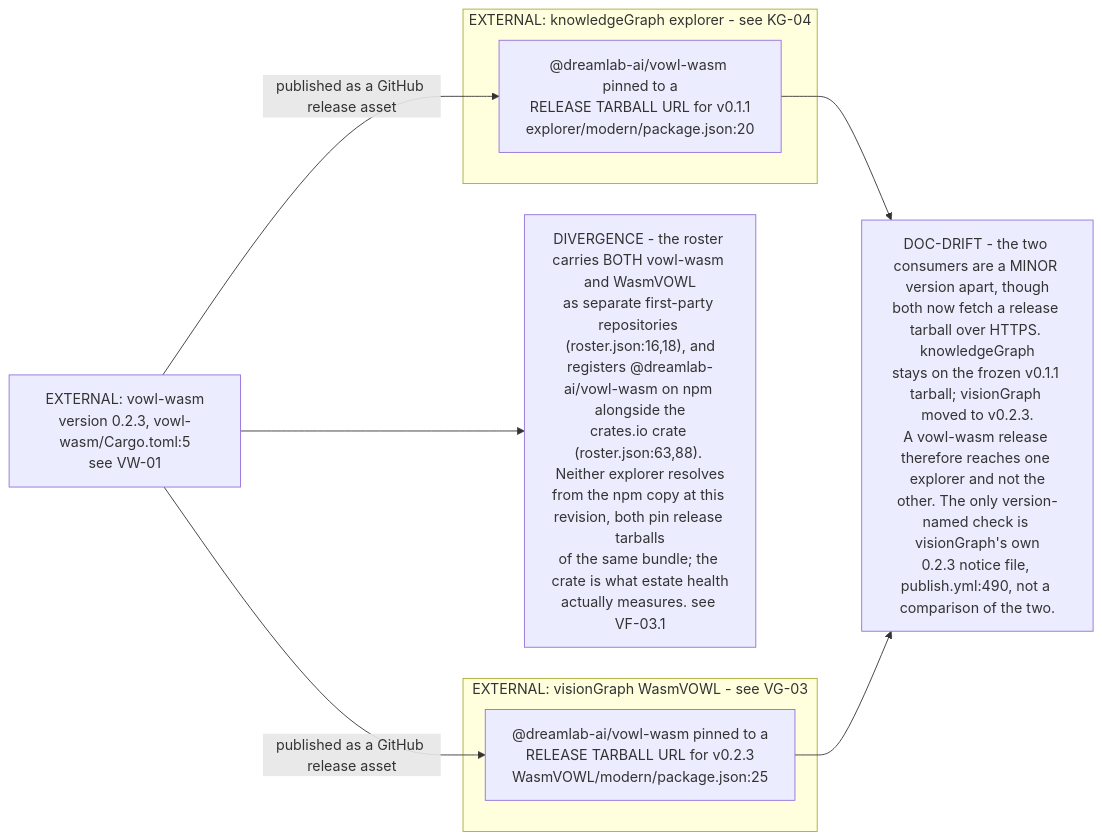
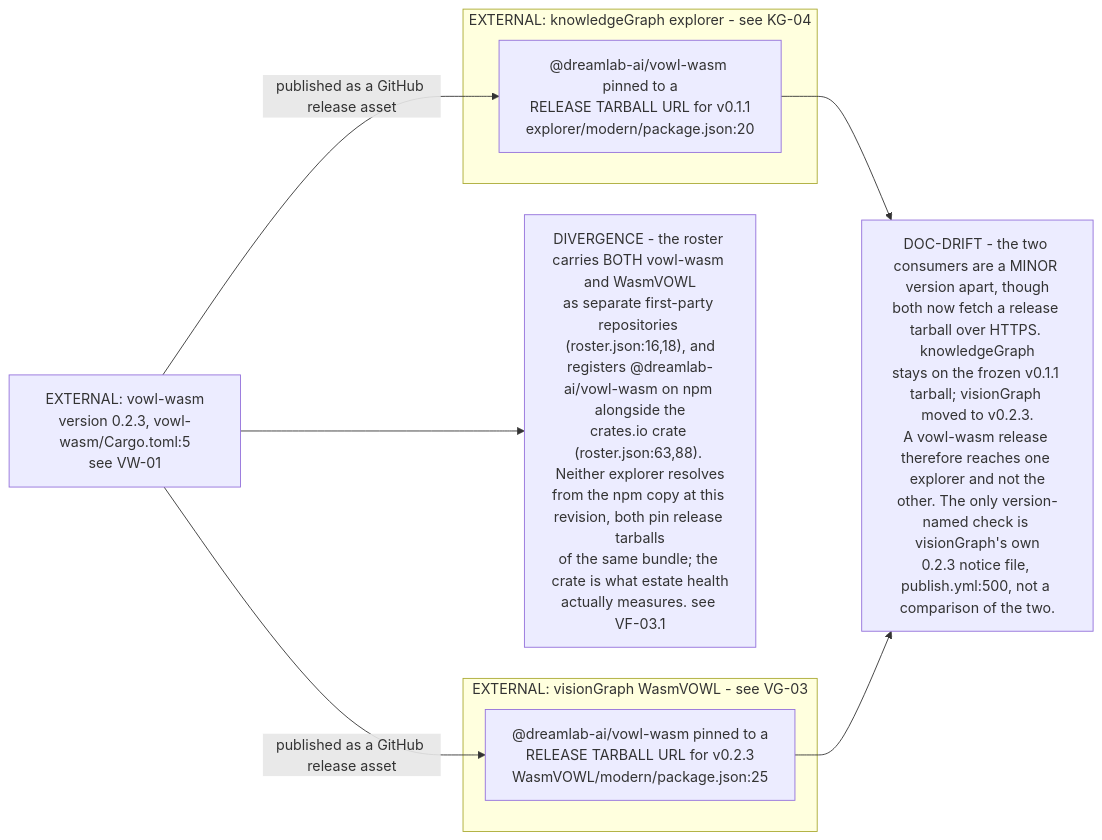
The third of 5 diagrams in docs/diagrams/estate/11-publishing-axis.md (DreamLab-AI/VisionFlow), drawn with Mermaid before and after one commit. The commit also changed other lines of this file and 70 other files, not shown here.

First line of the commit message:
docs(diagrams): re-verify 69 topics at current default-branch heads

````diff
--- a/docs/diagrams/estate/11-publishing-axis.md
+++ b/docs/diagrams/estate/11-publishing-axis.md
@@ -102,21 +104,21 @@
 ```mermaid
 flowchart LR
     CRATE["EXTERNAL: vowl-wasm<br/>version 0.2.3, vowl-wasm/Cargo.toml:5<br/>see VW-01"]
 
     subgraph KGE["EXTERNAL: knowledgeGraph explorer - see KG-04"]
         KGP["@dreamlab-ai/vowl-wasm pinned to a<br/>RELEASE TARBALL URL for v0.1.1<br/>explorer/modern/package.json:20"]
     end
     subgraph VGE["EXTERNAL: visionGraph WasmVOWL - see VG-03"]
         VGP["@dreamlab-ai/vowl-wasm pinned to a<br/>RELEASE TARBALL URL for v0.2.3<br/>WasmVOWL/modern/package.json:25"]
     end
 
     CRATE -->|"published as a GitHub release asset"| KGP
     CRATE -->|"published as a GitHub release asset"| VGP
 
-    D1["DOC-DRIFT - the two consumers are a MINOR version apart, though<br/>both now fetch a release tarball over HTTPS. knowledgeGraph<br/>stays on the frozen v0.1.1 tarball; visionGraph moved to v0.2.3.<br/>A vowl-wasm release therefore reaches one explorer and not the<br/>other. The only version-named check is visionGraph's own<br/>0.2.3 notice file, publish.yml:490, not a comparison of the two."]
+    D1["DOC-DRIFT - the two consumers are a MINOR version apart, though<br/>both now fetch a release tarball over HTTPS. knowledgeGraph<br/>stays on the frozen v0.1.1 tarball; visionGraph moved to v0.2.3.<br/>A vowl-wasm release therefore reaches one explorer and not the<br/>other. The only version-named check is visionGraph's own<br/>0.2.3 notice file, publish.yml:500, not a comparison of the two."]
     D2["DIVERGENCE - the roster carries BOTH vowl-wasm and WasmVOWL<br/>as separate first-party repositories (roster.json:16,18), and<br/>registers @dreamlab-ai/vowl-wasm on npm alongside the<br/>crates.io crate (roster.json:63,88). Neither explorer resolves<br/>from the npm copy at this revision, both pin release tarballs<br/>of the same bundle; the crate is what estate health<br/>actually measures. see VF-03.1"]
 
     KGP --> D1
     VGP --> D1
     CRATE --> D2
 ```
````
